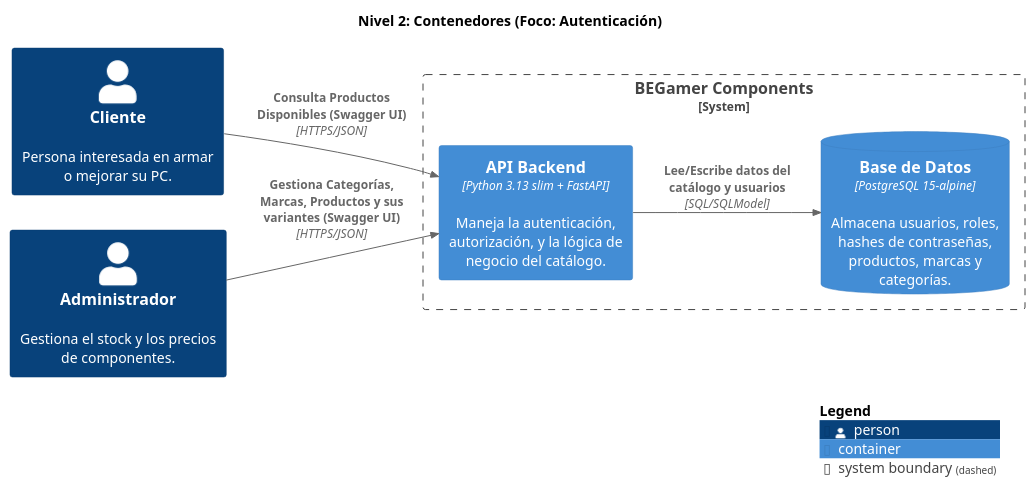
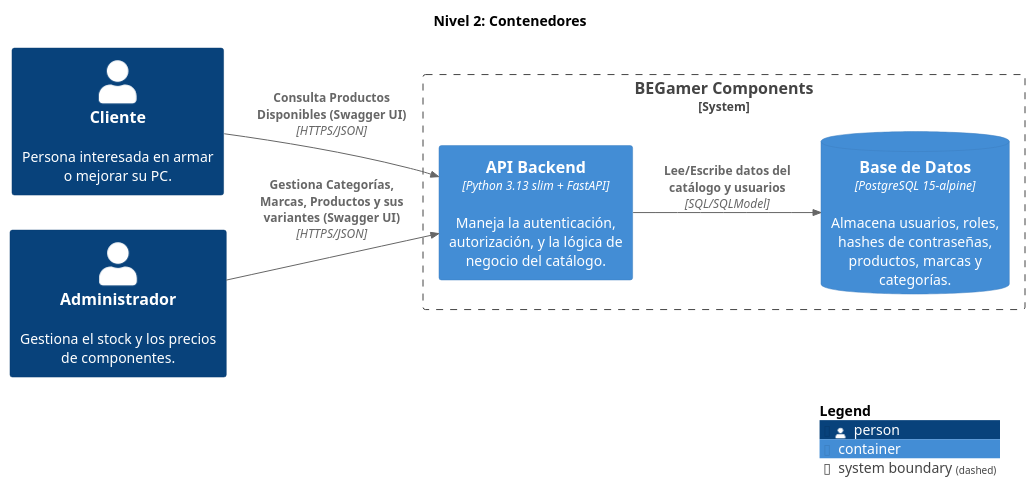
Before and after one commit to BruizN/BEGAMER-PC-COMPONENTS: the diagram in master/puml/Contenedores.puml, drawn with PlantUML. The commit also changed 5 other files, not shown here.

```diff
--- a/master/puml/Contenedores.puml
+++ b/master/puml/Contenedores.puml
@@ -1,24 +1,24 @@
 @startuml
 set separator none
-title Nivel 2: Contenedores (Foco: Autenticación)
+title Nivel 2: Contenedores
 
 left to right direction
 
 !include <C4/C4>
 !include <C4/C4_Context>
 !include <C4/C4_Container>
 
 Person(Cliente, "Cliente", $descr="Persona interesada en armar o mejorar su PC.", $tags="", $link="")
 Person(Administrador, "Administrador", $descr="Gestiona el stock y los precios de componentes.", $tags="", $link="")
 
 System_Boundary("BEGamerComponents_boundary", "BEGamer Components", $tags="") {
   Container(BEGamerComponents.APIBackend, "API Backend", $techn="Python 3.13 slim + FastAPI", $descr="Maneja la autenticación, autorización, y la lógica de negocio del catálogo.", $tags="", $link="")
   ContainerDb(BEGamerComponents.BasedeDatos, "Base de Datos", $techn="PostgreSQL 15-alpine", $descr="Almacena usuarios, roles, hashes de contraseñas, productos, marcas y categorías.", $tags="", $link="")
 }
 
 Rel(Administrador, BEGamerComponents.APIBackend, "Gestiona Categorías, Marcas, Productos y sus variantes (Swagger UI)", $techn="HTTPS/JSON", $tags="", $link="")
 Rel(Cliente, BEGamerComponents.APIBackend, "Consulta Productos Disponibles (Swagger UI)", $techn="HTTPS/JSON", $tags="", $link="")
 Rel(BEGamerComponents.APIBackend, BEGamerComponents.BasedeDatos, "Lee/Escribe datos del catálogo y usuarios", $techn="SQL/SQLModel", $tags="", $link="")
 
 SHOW_LEGEND(true)
 @enduml
```
